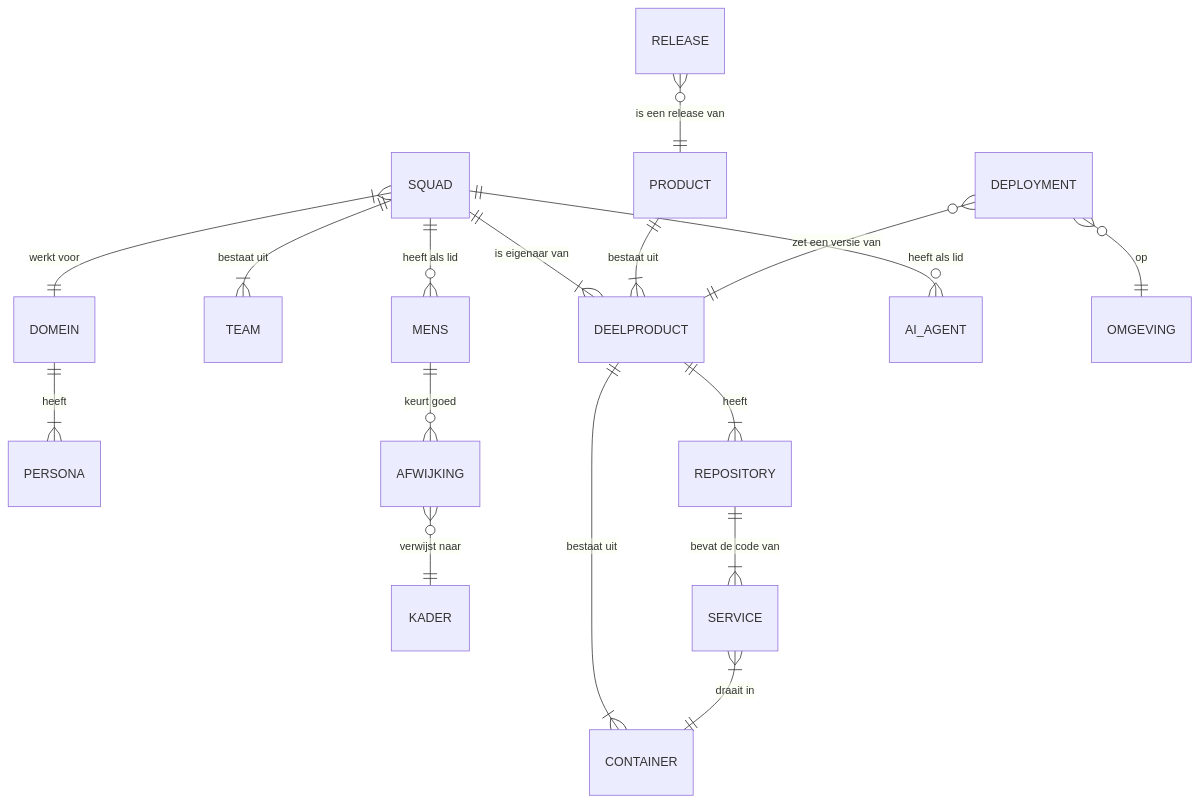
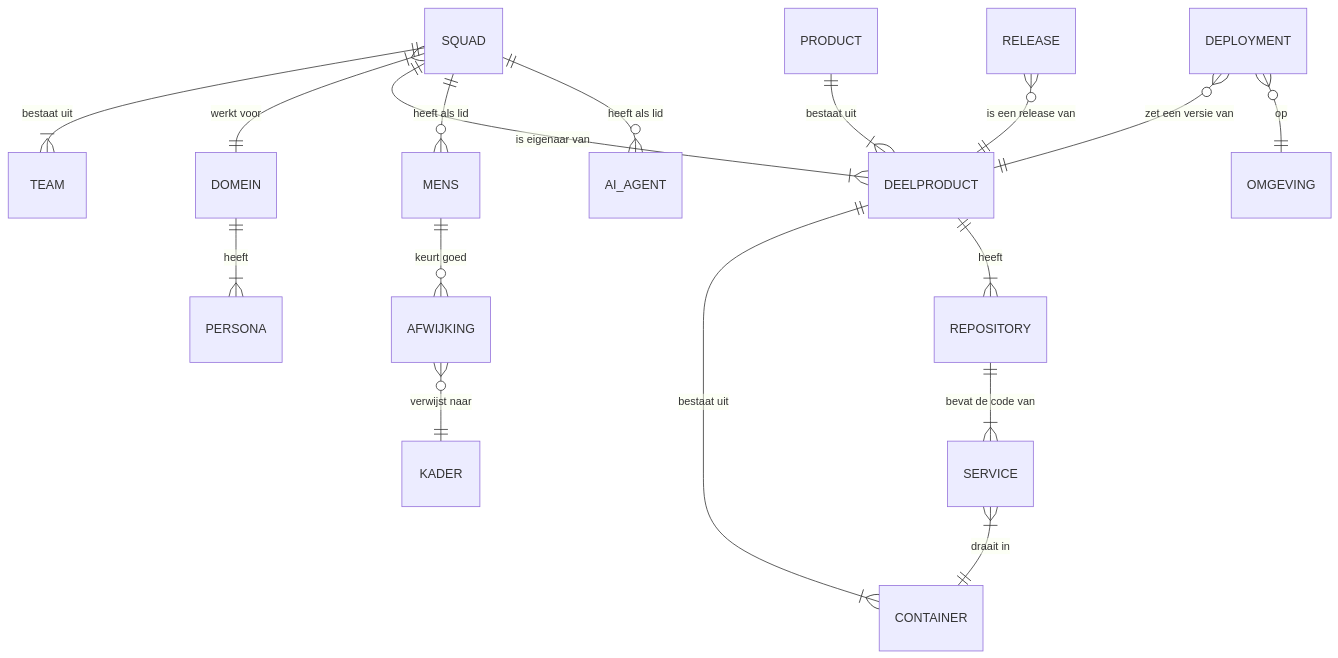
One commit to fcd-labs/fcd changed the diagram in src/content/docs/model.md. Above: the diagram before and after it, drawn with Mermaid. The commit also changed other lines of this file and 38 other files, not shown here.

First line of the commit message:
Site: flow waarom-wat-hoe, drie showcases, releasen per deelproduct

````diff
--- a/src/content/docs/model.md
+++ b/src/content/docs/model.md
@@ -104,19 +48,19 @@
 ```mermaid
 erDiagram
     DOMEIN ||--|{ PERSONA : "heeft"
     SQUAD ||--|{ TEAM : "bestaat uit"
     SQUAD }|--|| DOMEIN : "werkt voor"
     AFWIJKING }o--|| KADER : "verwijst naar"
     SQUAD ||--|{ DEELPRODUCT : "is eigenaar van"
     PRODUCT ||--|{ DEELPRODUCT : "bestaat uit"
     DEELPRODUCT ||--|{ CONTAINER : "bestaat uit"
     SERVICE }|--|| CONTAINER : "draait in"
     SQUAD ||--o{ MENS : "heeft als lid"
     SQUAD ||--o{ AI_AGENT : "heeft als lid"
     MENS ||--o{ AFWIJKING : "keurt goed"
     DEELPRODUCT ||--|{ REPOSITORY : "heeft"
     REPOSITORY ||--|{ SERVICE : "bevat de code van"
     DEPLOYMENT }o--|| DEELPRODUCT : "zet een versie van"
     DEPLOYMENT }o--|| OMGEVING : "op"
-    RELEASE }o--|| PRODUCT : "is een release van"
+    RELEASE }o--|| DEELPRODUCT : "is een release van"
 ```
````
